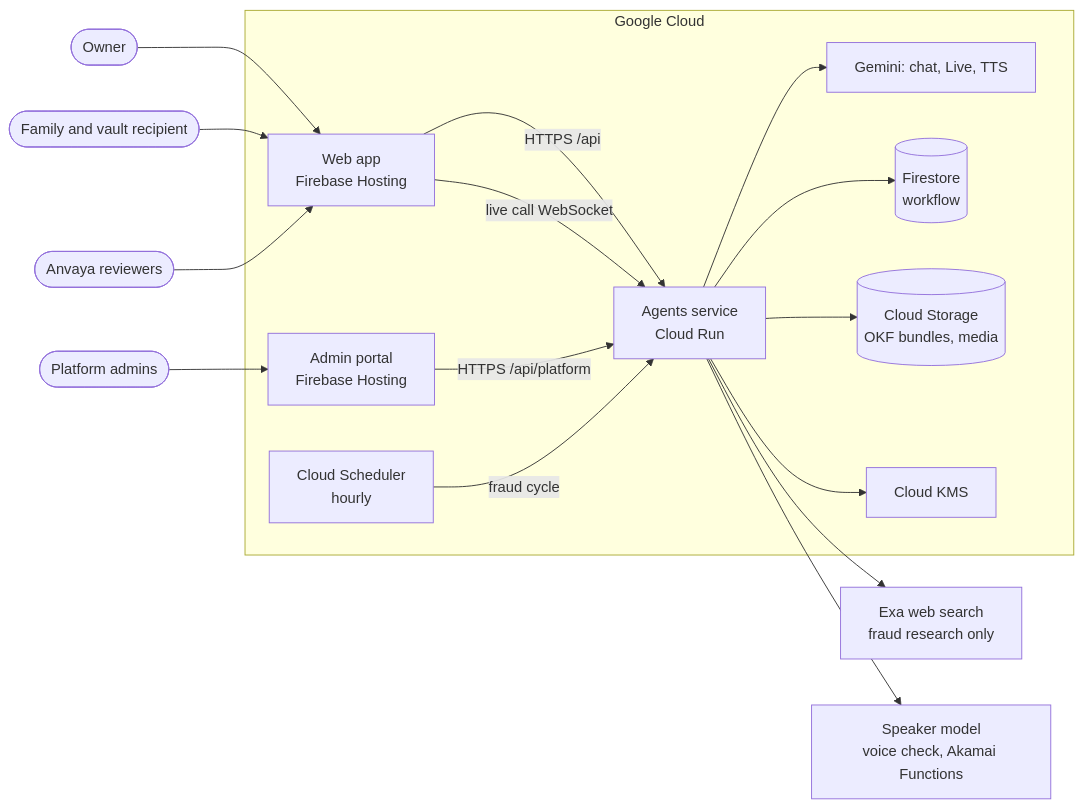
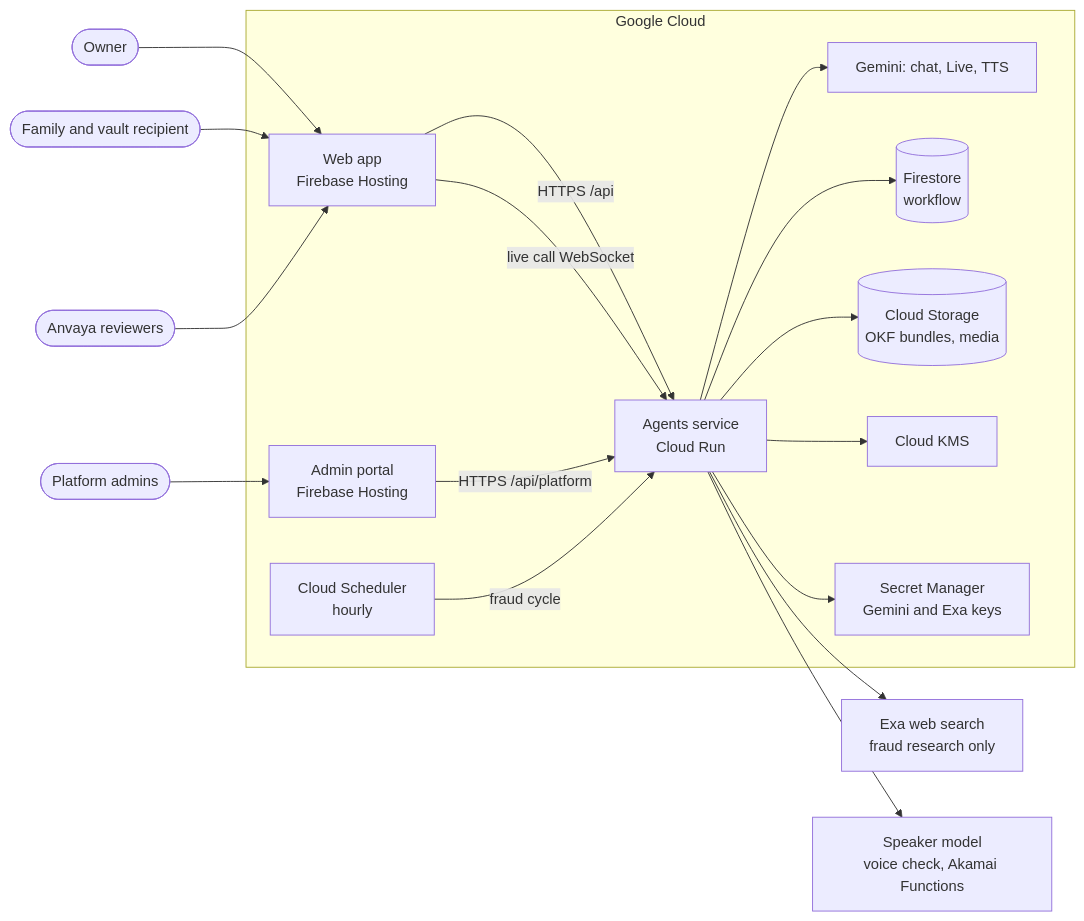
The first of 6 diagrams in docs/architecture.md (sachiachar/anvaya), drawn with Mermaid before and after one commit. The commit also changed other lines of this file and 5 other files, not shown here.

````diff
--- a/docs/architecture.md
+++ b/docs/architecture.md
@@ -22,19 +22,20 @@
 ```mermaid
 flowchart LR
     owner(["Owner"]) --> app
     family(["Family and vault recipient"]) --> app
     team(["Anvaya reviewers"]) --> app
     admin(["Platform admins"]) --> portal
     subgraph gcp ["Google Cloud"]
         app["Web app<br/>Firebase Hosting"] -->|"HTTPS /api"| api["Agents service<br/>Cloud Run"]
         app -->|"live call WebSocket"| api
         portal["Admin portal<br/>Firebase Hosting"] -->|"HTTPS /api/platform"| api
         sched["Cloud Scheduler<br/>hourly"] -->|"fraud cycle"| api
         api --> gemini["Gemini: chat, Live, TTS"]
         api --> fs[("Firestore<br/>workflow")]
         api --> gcs[("Cloud Storage<br/>OKF bundles, media")]
         api --> kms["Cloud KMS"]
+        api --> sm["Secret Manager<br/>Gemini and Exa keys"]
     end
     api --> exa["Exa web search<br/>fraud research only"]
     api --> voice["Speaker model<br/>voice check, Akamai Functions"]
 ```
````
